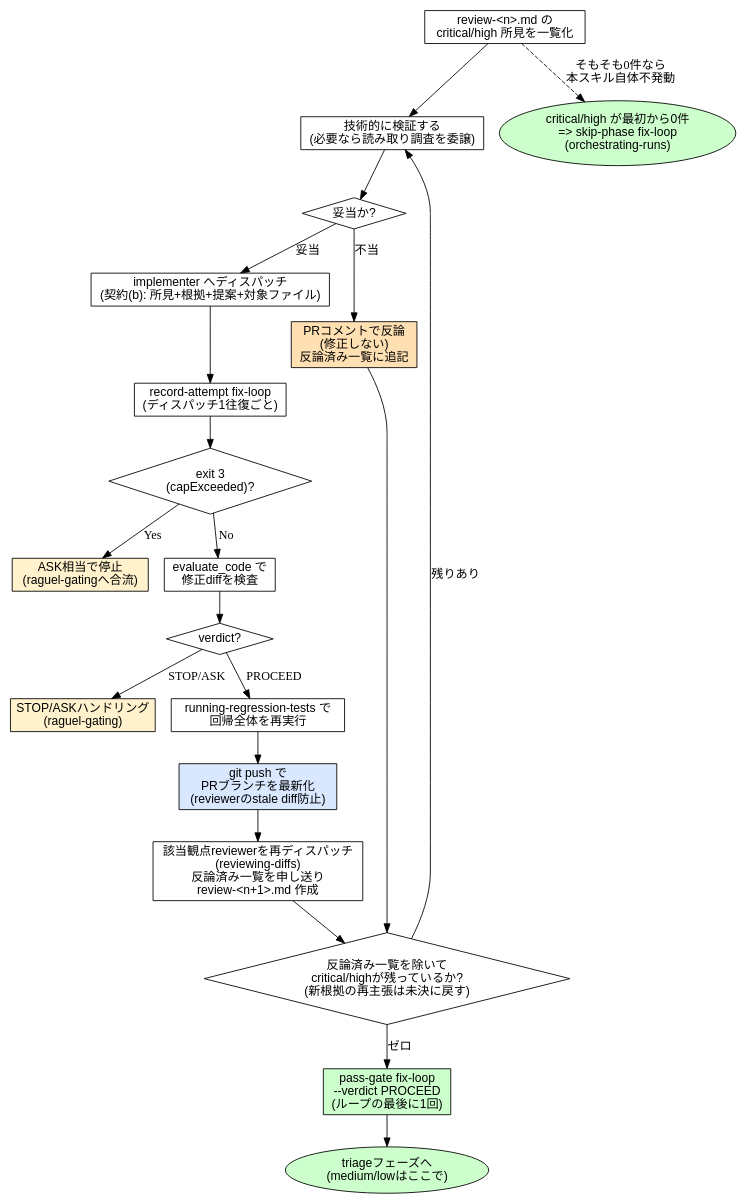
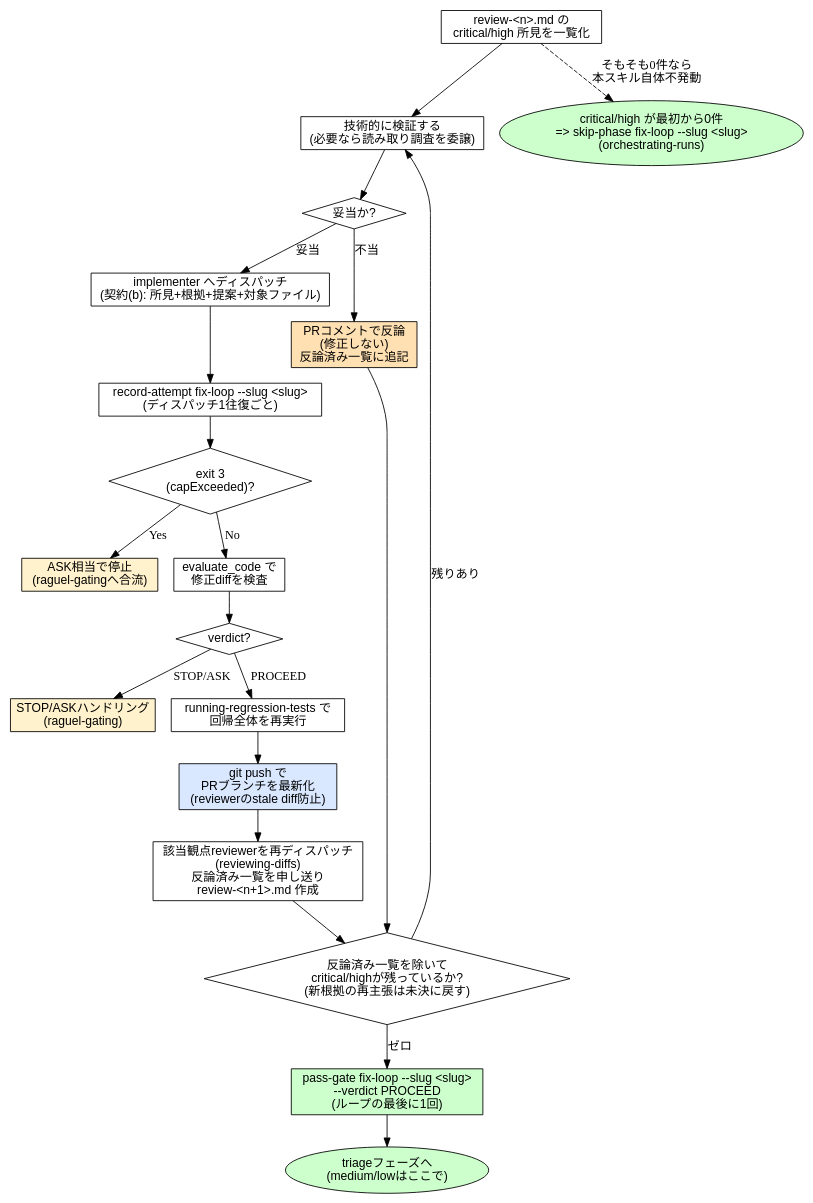
Before and after one commit to Amatsuka-kobo/amatsuka-claude-plugins: diagram 11 of 15 in plugins/codiel/docs/skill-flowcharts.md, drawn with Graphviz. The commit also changed other lines of this file and 15 other files, not shown here.

````diff
--- a/plugins/codiel/docs/skill-flowcharts.md
+++ b/plugins/codiel/docs/skill-flowcharts.md
@@ -470,43 +433,43 @@
 ```dot
 digraph fixing_review_findings {
   rankdir=TB;
   node [fontname="sans-serif"];
 
   findings [label="review-<n>.md の\ncritical/high 所見を一覧化", shape=box];
   verify [label="技術的に検証する\n(必要なら読み取り調査を委譲)", shape=box];
   valid [label="妥当か?", shape=diamond];
   dispatch [label="implementer へディスパッチ\n(契約(b): 所見+根拠+提案+対象ファイル)", shape=box];
   rebut [label="PRコメントで反論\n(修正しない)\n反論済み一覧に追記", shape=box, style=filled, fillcolor="#ffe0b3"];
-  record_attempt [label="record-attempt fix-loop\n(ディスパッチ1往復ごと)", shape=box];
+  record_attempt [label="record-attempt fix-loop --slug <slug>\n(ディスパッチ1往復ごと)", shape=box];
   cap [label="exit 3\n(capExceeded)?", shape=diamond];
   ask [label="ASK相当で停止\n(raguel-gatingへ合流)", shape=box, style=filled, fillcolor="#fff2cc"];
   evaluate [label="evaluate_code で\n修正diffを検査", shape=box];
   verdict [label="verdict?", shape=diamond];
   stop_ask [label="STOP/ASKハンドリング\n(raguel-gating)", shape=box, style=filled, fillcolor="#fff2cc"];
   regress [label="running-regression-tests で\n回帰全体を再実行", shape=box];
   push [label="git push で\nPRブランチを最新化\n(reviewerのstale diff防止)", shape=box, style=filled, fillcolor="#d9e8ff"];
   rereview [label="該当観点reviewerを再ディスパッチ\n(reviewing-diffs)\n反論済み一覧を申し送り\nreview-<n+1>.md 作成", shape=box];
   remaining [label="反論済み一覧を除いて\ncritical/highが残っているか?\n(新根拠の再主張は未決に戻す)", shape=diamond];
-  passgate [label="pass-gate fix-loop\n--verdict PROCEED\n(ループの最後に1回)", shape=box, style=filled, fillcolor="#ccffcc"];
+  passgate [label="pass-gate fix-loop --slug <slug>\n--verdict PROCEED\n(ループの最後に1回)", shape=box, style=filled, fillcolor="#ccffcc"];
   triage [label="triageフェーズへ\n(medium/lowはここで)", shape=ellipse, style=filled, fillcolor="#ccffcc"];
-  skip [label="critical/high が最初から0件\n=> skip-phase fix-loop\n(orchestrating-runs)", shape=ellipse, style=filled, fillcolor="#ccffcc"];
+  skip [label="critical/high が最初から0件\n=> skip-phase fix-loop --slug <slug>\n(orchestrating-runs)", shape=ellipse, style=filled, fillcolor="#ccffcc"];
 
   findings -> verify -> valid;
   valid -> dispatch [label="妥当"];
   valid -> rebut [label="不当"];
   dispatch -> record_attempt;
   record_attempt -> cap;
   cap -> ask [label="Yes"];
   cap -> evaluate [label="No"];
   evaluate -> verdict;
   verdict -> stop_ask [label="STOP/ASK"];
   verdict -> regress [label="PROCEED"];
   regress -> push -> rereview -> remaining;
   remaining -> verify [label="残りあり"];
   remaining -> passgate [label="ゼロ"];
   rebut -> remaining;
   passgate -> triage;
 
   findings -> skip [style=dashed, label="そもそも0件なら\n本スキル自体不発動"];
 }
 ```
````
